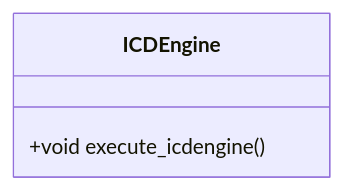
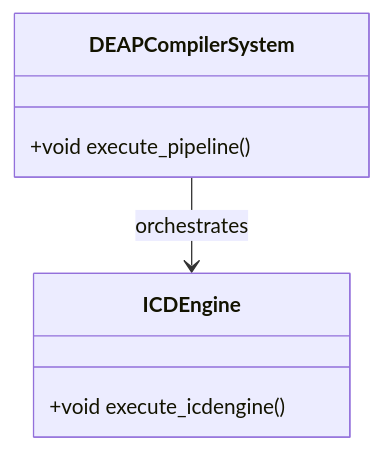
Before and after one commit to gintatkinson/dumpiler-01: the diagram in docs/features/FEAT-41-ICDEngine.md, drawn with Mermaid. The commit also changed other lines of this file and 90 other files, not shown here.

````diff
--- a/docs/features/FEAT-41-ICDEngine.md
+++ b/docs/features/FEAT-41-ICDEngine.md
@@ -25,6 +25,10 @@
 ```mermaid
 classDiagram
+    class DEAPCompilerSystem {
+        +void execute_pipeline()
+    }
     class ICDEngine {
         +void execute_icdengine()
     }
+    DEAPCompilerSystem --> ICDEngine : orchestrates
 ```
````
